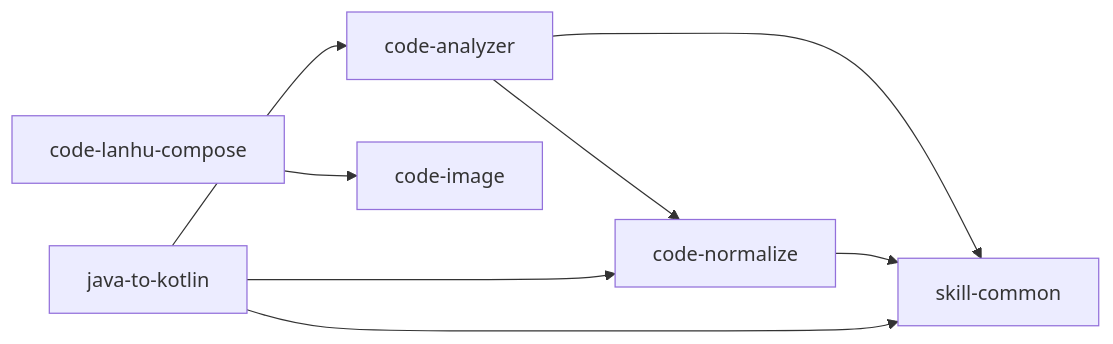
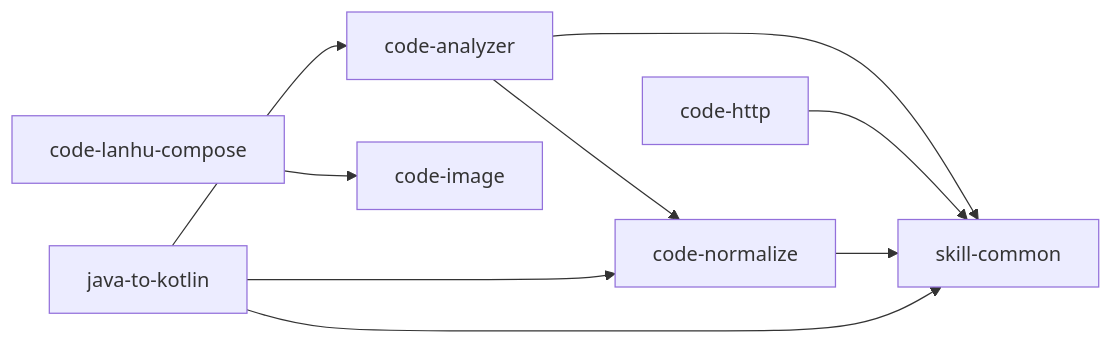
Before and after one commit to xjxlx/skills: the diagram in github-manager/SKILLS_CATALOG.md, drawn with Mermaid. The commit also changed other lines of this file and 3 other files, not shown here.

First line of the commit message:
更新技能：code-http、github-manager、仓库文档（新增 2 个文件，修改 2 个文件，删除 0 个文件）

````diff
--- a/github-manager/SKILLS_CATALOG.md
+++ b/github-manager/SKILLS_CATALOG.md
@@ -21,10 +22,11 @@
 ```mermaid
 graph LR
   code-analyzer --> code-normalize
   code-analyzer --> skill-common
+  code-http --> skill-common
   code-lanhu-compose --> code-image
   code-normalize --> skill-common
   java-to-kotlin --> code-analyzer
   java-to-kotlin --> code-normalize
   java-to-kotlin --> skill-common
 ```
````
